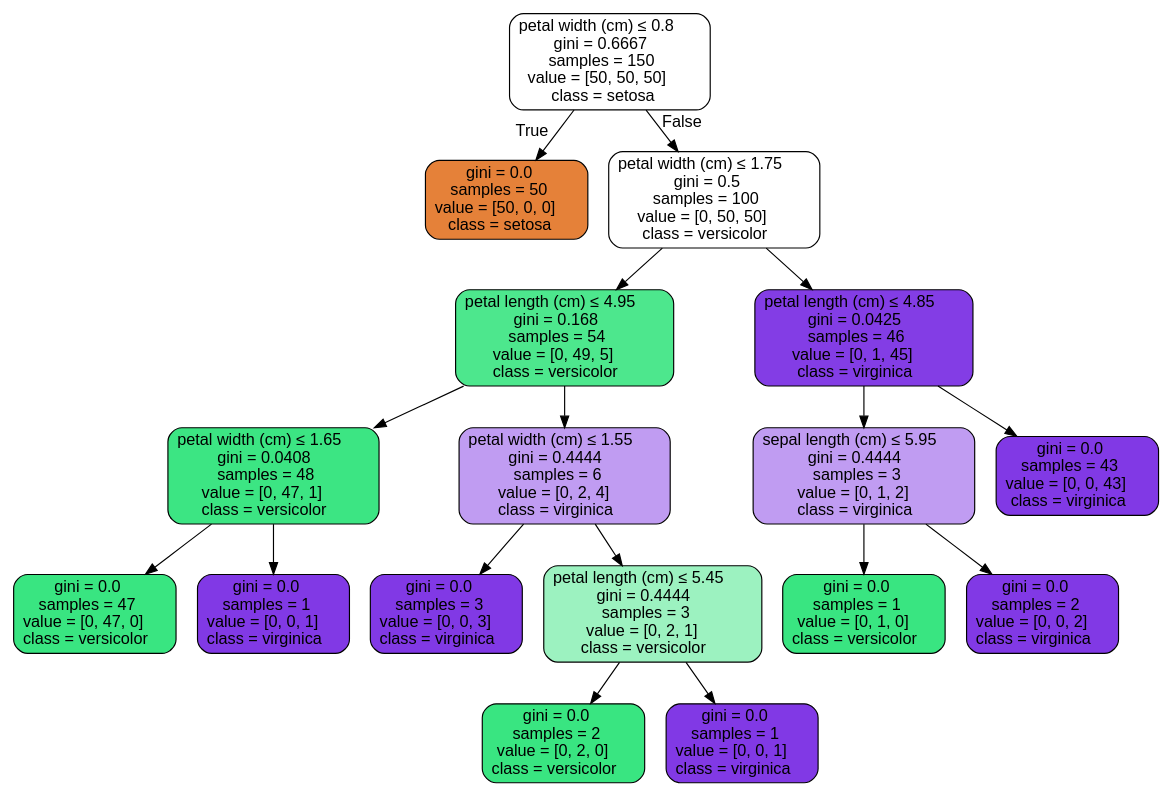
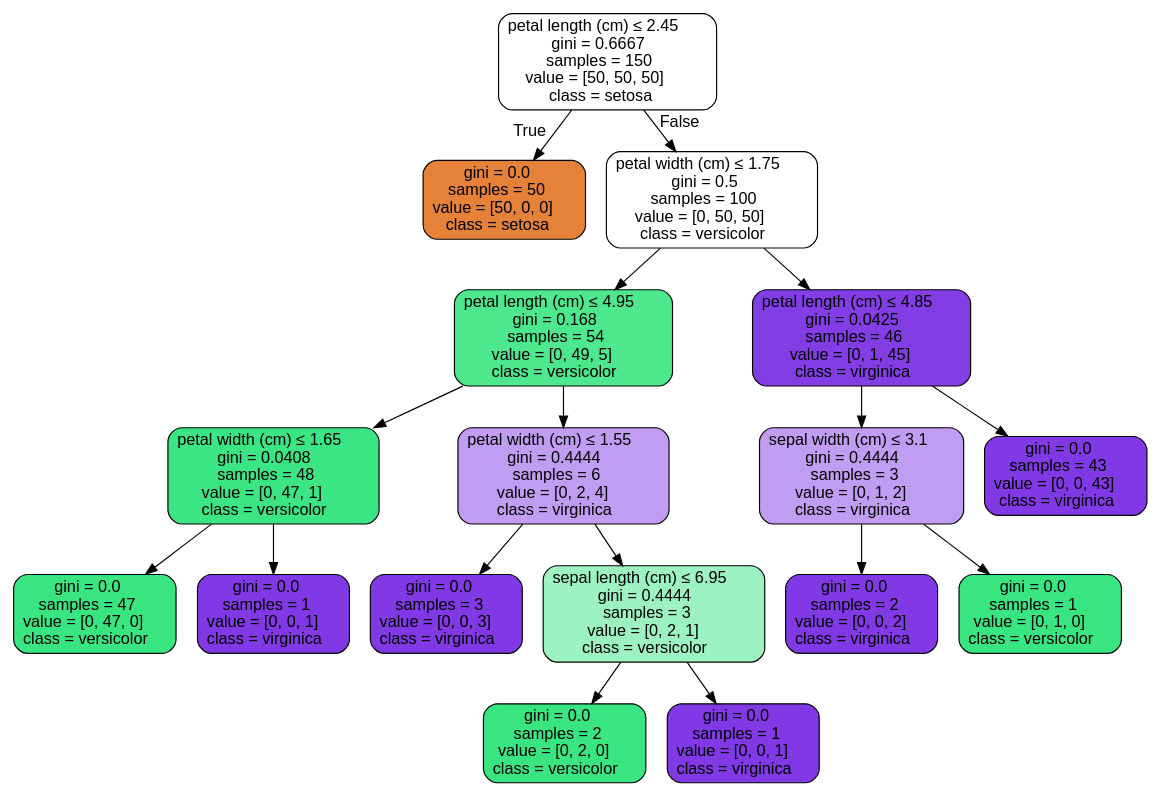
The diagram in 05a-tools-trees-ensembles/iris.dot (scetx/datax), drawn with Graphviz before and after one commit. The commit also changed 24 other files, not shown here.

```diff
--- a/05a-tools-trees-ensembles/iris.dot
+++ b/05a-tools-trees-ensembles/iris.dot
@@ -1,37 +1,37 @@
 digraph Tree {
 node [shape=box, style="filled, rounded", color="black", fontname=helvetica] ;
 edge [fontname=helvetica] ;
-0 [label=<petal width (cm) &le; 0.8<br/>gini = 0.6667<br/>samples = 150<br/>value = [50, 50, 50]<br/>class = setosa>, fillcolor="#e5813900"] ;
+0 [label=<petal length (cm) &le; 2.45<br/>gini = 0.6667<br/>samples = 150<br/>value = [50, 50, 50]<br/>class = setosa>, fillcolor="#e5813900"] ;
 1 [label=<gini = 0.0<br/>samples = 50<br/>value = [50, 0, 0]<br/>class = setosa>, fillcolor="#e58139ff"] ;
 0 -> 1 [labeldistance=2.5, labelangle=45, headlabel="True"] ;
 2 [label=<petal width (cm) &le; 1.75<br/>gini = 0.5<br/>samples = 100<br/>value = [0, 50, 50]<br/>class = versicolor>, fillcolor="#39e58100"] ;
 0 -> 2 [labeldistance=2.5, labelangle=-45, headlabel="False"] ;
 3 [label=<petal length (cm) &le; 4.95<br/>gini = 0.168<br/>samples = 54<br/>value = [0, 49, 5]<br/>class = versicolor>, fillcolor="#39e581e5"] ;
 2 -> 3 ;
 4 [label=<petal width (cm) &le; 1.65<br/>gini = 0.0408<br/>samples = 48<br/>value = [0, 47, 1]<br/>class = versicolor>, fillcolor="#39e581fa"] ;
 3 -> 4 ;
 5 [label=<gini = 0.0<br/>samples = 47<br/>value = [0, 47, 0]<br/>class = versicolor>, fillcolor="#39e581ff"] ;
 4 -> 5 ;
 6 [label=<gini = 0.0<br/>samples = 1<br/>value = [0, 0, 1]<br/>class = virginica>, fillcolor="#8139e5ff"] ;
 4 -> 6 ;
 7 [label=<petal width (cm) &le; 1.55<br/>gini = 0.4444<br/>samples = 6<br/>value = [0, 2, 4]<br/>class = virginica>, fillcolor="#8139e57f"] ;
 3 -> 7 ;
 8 [label=<gini = 0.0<br/>samples = 3<br/>value = [0, 0, 3]<br/>class = virginica>, fillcolor="#8139e5ff"] ;
 7 -> 8 ;
-9 [label=<petal length (cm) &le; 5.45<br/>gini = 0.4444<br/>samples = 3<br/>value = [0, 2, 1]<br/>class = versicolor>, fillcolor="#39e5817f"] ;
+9 [label=<sepal length (cm) &le; 6.95<br/>gini = 0.4444<br/>samples = 3<br/>value = [0, 2, 1]<br/>class = versicolor>, fillcolor="#39e5817f"] ;
 7 -> 9 ;
 10 [label=<gini = 0.0<br/>samples = 2<br/>value = [0, 2, 0]<br/>class = versicolor>, fillcolor="#39e581ff"] ;
 9 -> 10 ;
 11 [label=<gini = 0.0<br/>samples = 1<br/>value = [0, 0, 1]<br/>class = virginica>, fillcolor="#8139e5ff"] ;
 9 -> 11 ;
 12 [label=<petal length (cm) &le; 4.85<br/>gini = 0.0425<br/>samples = 46<br/>value = [0, 1, 45]<br/>class = virginica>, fillcolor="#8139e5f9"] ;
 2 -> 12 ;
-13 [label=<sepal length (cm) &le; 5.95<br/>gini = 0.4444<br/>samples = 3<br/>value = [0, 1, 2]<br/>class = virginica>, fillcolor="#8139e57f"] ;
+13 [label=<sepal width (cm) &le; 3.1<br/>gini = 0.4444<br/>samples = 3<br/>value = [0, 1, 2]<br/>class = virginica>, fillcolor="#8139e57f"] ;
 12 -> 13 ;
-14 [label=<gini = 0.0<br/>samples = 1<br/>value = [0, 1, 0]<br/>class = versicolor>, fillcolor="#39e581ff"] ;
+14 [label=<gini = 0.0<br/>samples = 2<br/>value = [0, 0, 2]<br/>class = virginica>, fillcolor="#8139e5ff"] ;
 13 -> 14 ;
-15 [label=<gini = 0.0<br/>samples = 2<br/>value = [0, 0, 2]<br/>class = virginica>, fillcolor="#8139e5ff"] ;
+15 [label=<gini = 0.0<br/>samples = 1<br/>value = [0, 1, 0]<br/>class = versicolor>, fillcolor="#39e581ff"] ;
 13 -> 15 ;
 16 [label=<gini = 0.0<br/>samples = 43<br/>value = [0, 0, 43]<br/>class = virginica>, fillcolor="#8139e5ff"] ;
 12 -> 16 ;
 }
```
